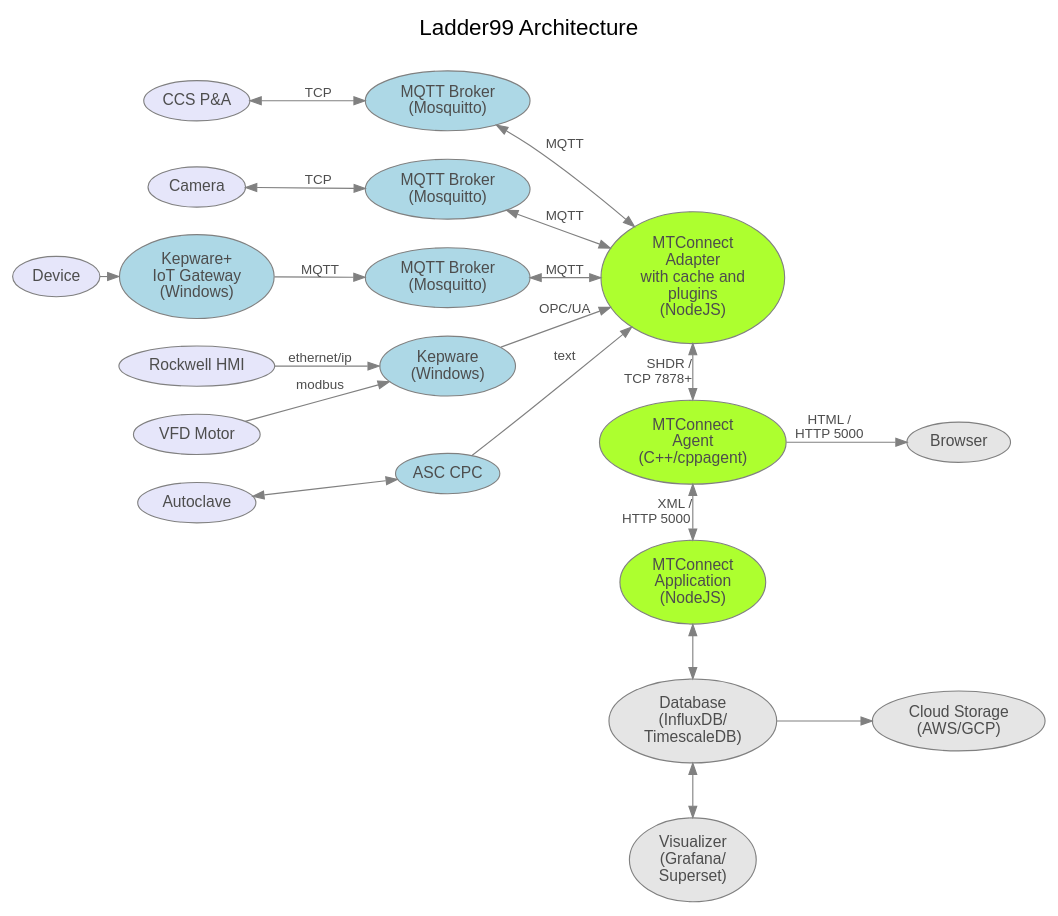
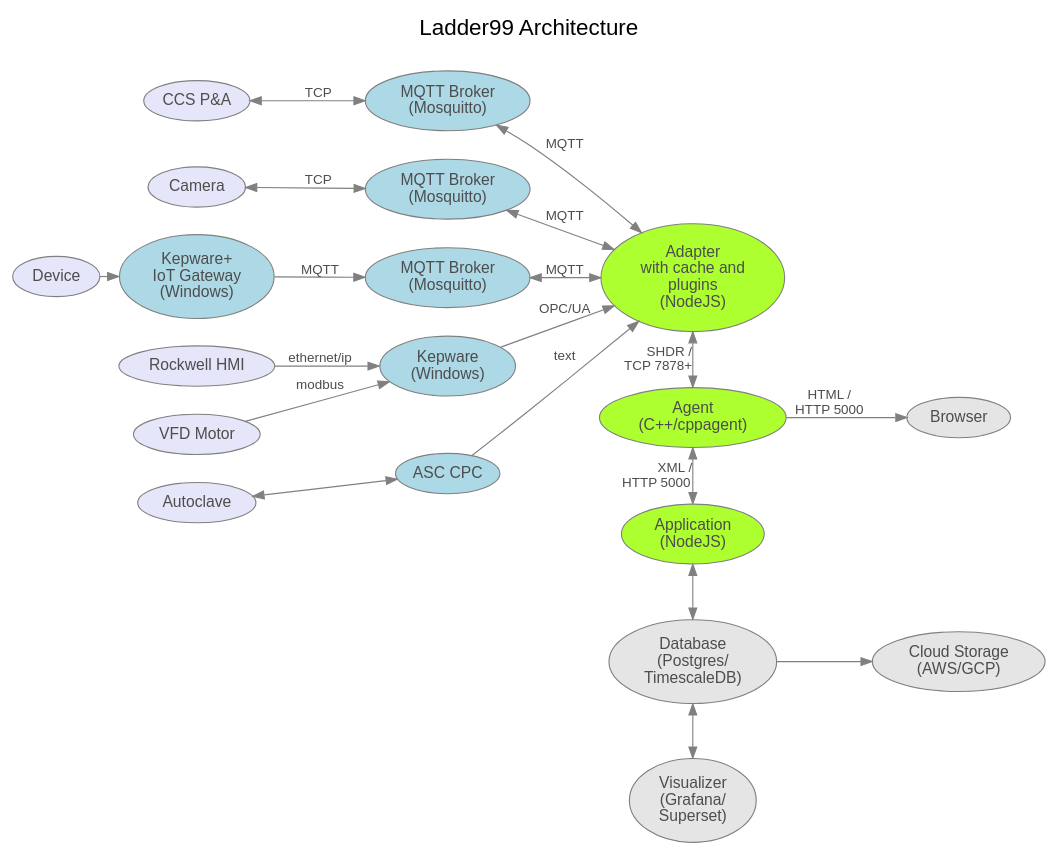
Before and after one commit to Ladder99/ladder99: the diagram in design/architecture.dot, drawn with Graphviz. The commit also changed 1 other file, not shown here.

```diff
--- a/design/architecture.dot
+++ b/design/architecture.dot
@@ -1,110 +1,110 @@
 // graphviz diagram
 // colors https://www.graphviz.org/doc/info/colors.html
 
 digraph {
 
   //------------------------------------------------------------------------
   // styles
   //------------------------------------------------------------------------
 
   graph [ label="Ladder99 Architecture\n ", color=lightgray; ];
   graph [ fontsize=20 ];
   graph [ labelloc=t ];
   graph [ ranksep=0.2 ];
   graph [ nodesep=0.35 ];
   graph [ rankdir=LR; ] // left-to-right
   graph [ fontname="sans-serif" ];
 
   node [ color=gray, fillcolor=white, style=filled ];
   node [ fontname="sans-serif", fontcolor=gray30 ];
 
   edge [ color=gray ];
   edge [ fontsize=12, fontcolor=gray30 ];
   edge [ fontname="sans-serif" ];
 
 
   //------------------------------------------------------------------------
   // nodes
   //------------------------------------------------------------------------
 
   // devices
   PA [ fillcolor=lavender, label="CCS P&A" ];
   HMI [ fillcolor=lavender, label="Rockwell HMI" ];
   Motor [ fillcolor=lavender, label="VFD Motor" ];
   OldMachine3 [ fillcolor=lavender, label="Device" ];
   Camera [ fillcolor=lavender, label="Camera" ];
   Autoclave [ fillcolor=lavender, label="Autoclave" ];
   // OldMachine1 [ fillcolor=lavender, label="Old Machine 1" ];
 
   // intermediaries
   Broker1 [ fillcolor=lightblue, label="MQTT Broker\n(Mosquitto)" ];
   Broker3 [ fillcolor=lightblue, label="MQTT Broker\n(Mosquitto)" ];
   Broker4 [ fillcolor=lightblue, label="MQTT Broker\n(Mosquitto)" ];
   Kepware1 [ fillcolor=lightblue, label="Kepware\n(Windows)"];
   Kepware2 [ fillcolor=lightblue, label="Kepware+\nIoT Gateway\n(Windows)"];
   CPC [ fillcolor=lightblue, label="ASC CPC" ];
   // PLC4X [ fillcolor=lightblue, label="PLC4X\n(Java)" ];
 
   // mtconnect
-  Adapter [ fillcolor=greenyellow, label="MTConnect\nAdapter\nwith cache and\nplugins\n(NodeJS)" ];
-  Agent [ fillcolor=greenyellow, label="MTConnect\nAgent\n(C++/cppagent)" ];
-  Application [ fillcolor=greenyellow, label="MTConnect\nApplication\n(NodeJS)" ];
+  Adapter [ fillcolor=greenyellow, label="Adapter\nwith cache and\nplugins\n(NodeJS)" ];
+  Agent [ fillcolor=greenyellow, label="Agent\n(C++/cppagent)" ];
+  Application [ fillcolor=greenyellow, label="Application\n(NodeJS)" ];
 
   // diode
   // DiodeSender [ label="Diode Sender\n(Java+RabbitMQ)" ];
   // DiodeReceiver [ label="Diode Receiver\n(Java+RabbitMQ)" ];
 
   // applications
-  Database [ fillcolor=gray90, label="Database\n(InfluxDB/\nTimescaleDB)" ];
+  Database [ fillcolor=gray90, label="Database\n(Postgres/\nTimescaleDB)" ];
   Visualizer [ fillcolor=gray90, label="Visualizer\n(Grafana/\nSuperset)" ];
   Cloud [ fillcolor=gray90, label="Cloud Storage\n(AWS/GCP)" ];
   Browser [ fillcolor=gray90 ];
   // LOI [ fillcolor=gray90, label="LOI\n(SvelteJS)" ];
 
   // users
   // Admin [ fillcolor=lightyellow ];
   // Operator [ fillcolor=lightyellow ];
 
 
   //------------------------------------------------------------------------
   // edges
   //------------------------------------------------------------------------
 
   PA -> Broker1 [ label="  TCP  ", dir=both ];
   Camera -> Broker3 [ label="  TCP  ", dir=both ];
   Autoclave -> CPC [ dir=both ];
   Broker1 -> Adapter [ label="MQTT", dir=both ];
   Broker3 -> Adapter [ label="MQTT", dir=both ];
   Broker4 -> Adapter [ label="MQTT", dir=both ];
   // OldMachine1 -> PLC4X; // [ label="proprietary\nprotocol" ];
   // PLC4X -> Broker3 [ label="" ];
   HMI -> Kepware1 [ label="ethernet/ip" ];
   Motor -> Kepware1 [ label="modbus" ];
   Kepware1 -> Adapter [ label="OPC/UA" ];
   // Kepware2 -> Gateway;
   CPC -> Adapter [ label="text" ];
   // Gateway -> Broker4 [ label="MQTT" ];
   OldMachine3 -> Kepware2;
   Kepware2 -> Broker4 [ label="MQTT" ];
   Adapter -> Agent [ label="SHDR /   \nTCP 7878+         ", dir=both ];
   // Adapter -> DiodeSender [ label="SHDR /   \nTCP 7878      ", dir=both, style=dotted ];
   // DiodeSender -> DiodeReceiver [ label="UDP    ", style=dotted ];
   // DiodeReceiver -> Agent [ label="SHDR /    \nTCP 7878        ", style=dotted ];
   Agent -> Application [ dir=both; label="XML / \nHTTP 5000          " ];
   Agent -> Browser [ label="HTML /\nHTTP 5000" ];
   Application -> Database [ dir=both ];
   Database -> Visualizer [ dir=both ];
   Database -> Cloud;
   // Visualizer -> Admin [ dir=both ];
   // Application -> LOI;
   // LOI -> Operator;
 
 
   //------------------------------------------------------------------------
   // ranks
   //------------------------------------------------------------------------
 
   { rank=same; Adapter Agent Application Database Visualizer };
   // { rank=same; DiodeSender DiodeReceiver Cloud Admin };
   // { rank=same; Cloud Admin };
 }
```
